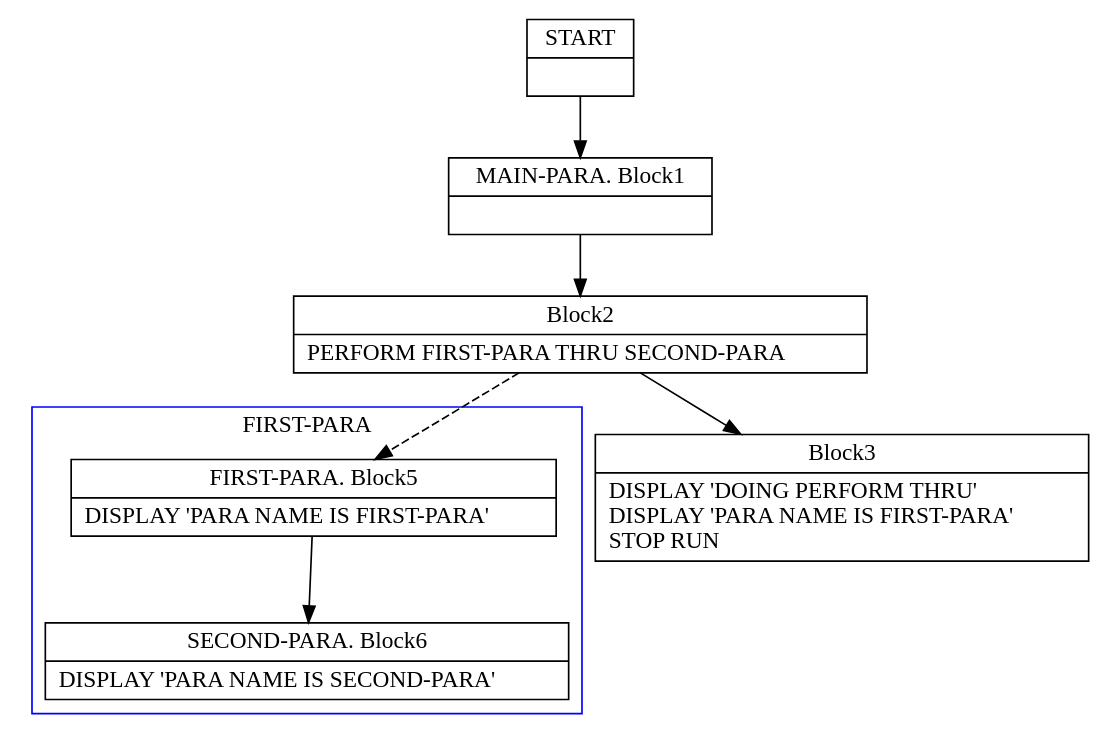
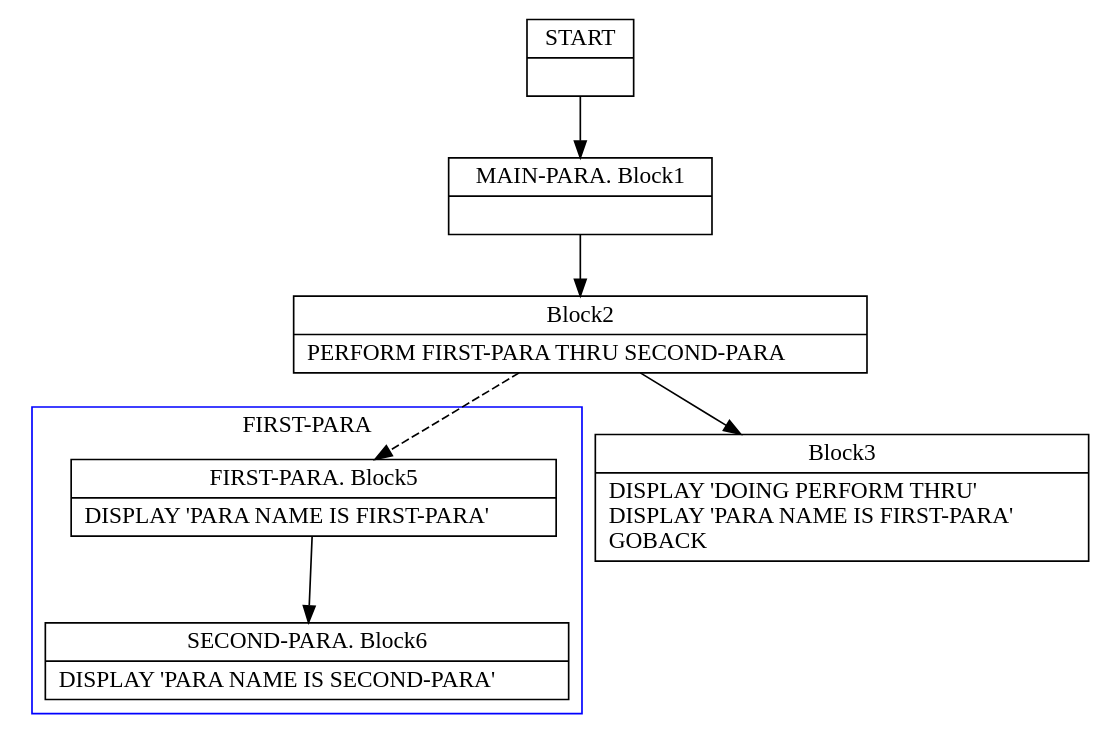
The diagram in TypeCobol.Analysis.Test/DotOutput/PerformThru1.dot (TypeCobolTeam/TypeCobol), drawn with Graphviz before and after one commit. The commit also changed 27 other files, not shown here.

```diff
--- a/TypeCobol.Analysis.Test/DotOutput/PerformThru1.dot
+++ b/TypeCobol.Analysis.Test/DotOutput/PerformThru1.dot
@@ -1,40 +1,40 @@
 digraph Cfg {
 compound=true;
 node [
 shape = "record"
 ]
 
 edge [
 arrowtail = "empty"
 ]
 Block0 [
 label = "{START|}"
 ]
 Block1 [
 label = "{MAIN-PARA. Block1|}"
 ]
 Block2 [
 label = "{Block2|      PERFORM FIRST-PARA THRU SECOND-PARA\l}"
 ]
 subgraph cluster_1{
 color = blue;
 label = "FIRST-PARA";
 Block5 [
 label = "{FIRST-PARA. Block5|      DISPLAY 'PARA NAME IS  FIRST-PARA'\l}"
 ]
 Block6 [
 label = "{SECOND-PARA. Block6|      DISPLAY 'PARA NAME IS  SECOND-PARA'\l}"
 ]
 Block5 -> Block6
 
 }
 Block2 -> Block5 [style=dashed]
 
 Block3 [
-label = "{Block3|      DISPLAY 'DOING PERFORM THRU'\l      DISPLAY 'PARA NAME IS  FIRST-PARA'\l      STOP RUN\l}"
+label = "{Block3|      DISPLAY 'DOING PERFORM THRU'\l      DISPLAY 'PARA NAME IS  FIRST-PARA'\l      GOBACK\l}"
 ]
 Block0 -> Block1
 Block1 -> Block2
 Block2 -> Block3
 
 }
```
